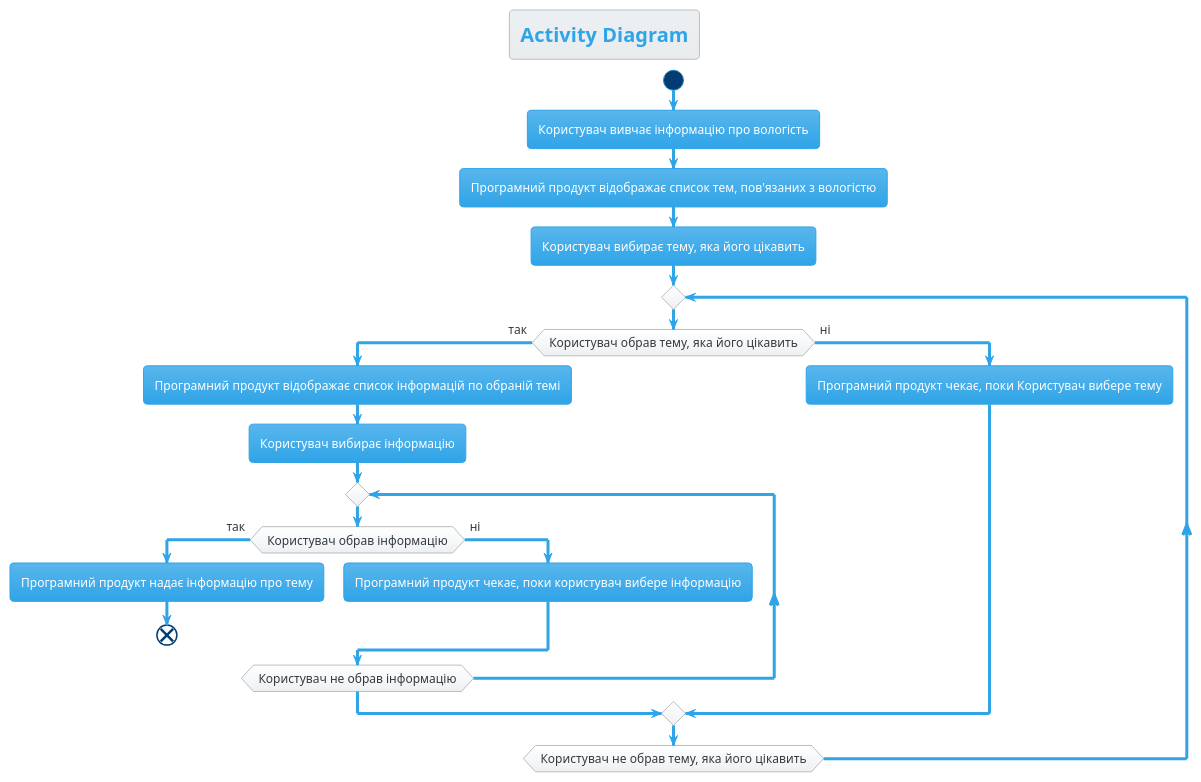
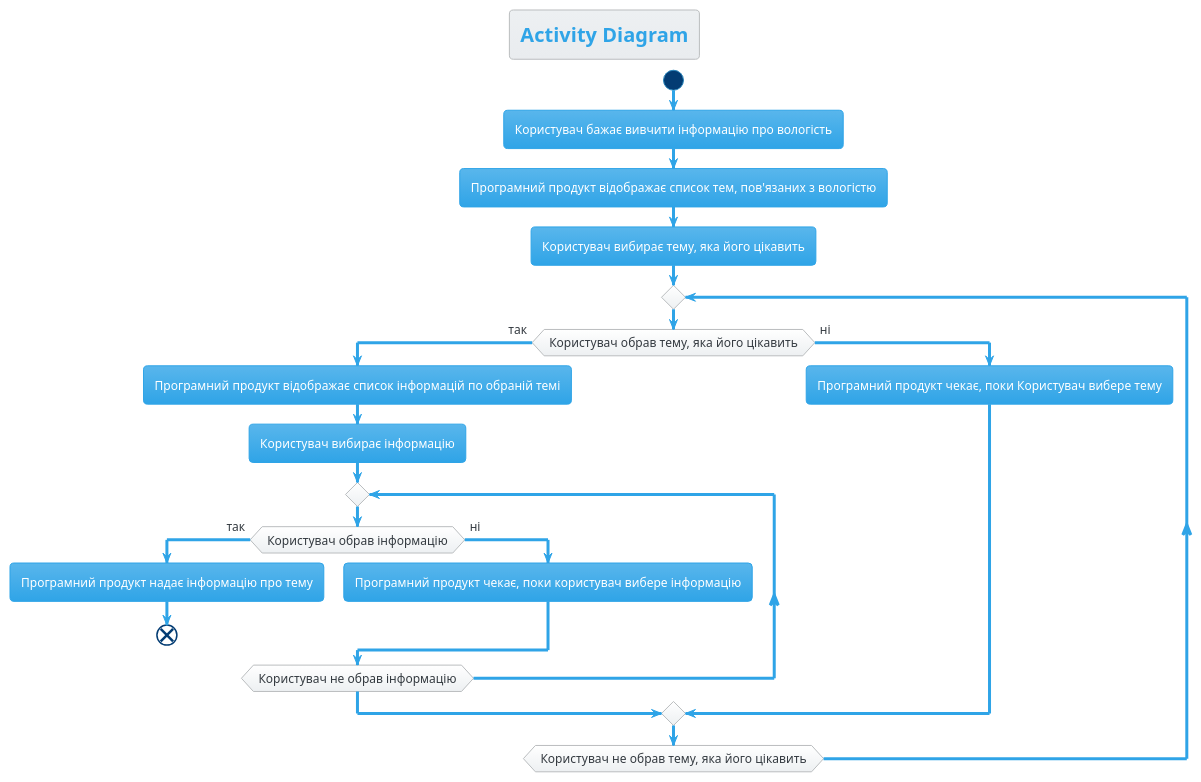
One commit to oleksandrblazhko/ai-212-majorova changed the diagram in 2-SoftwareDesign/2.7-PlantUML/UML-Activity.puml. Above: the diagram before and after it, drawn with PlantUML.

```diff
--- a/2-SoftwareDesign/2.7-PlantUML/UML-Activity.puml
+++ b/2-SoftwareDesign/2.7-PlantUML/UML-Activity.puml
@@ -1,26 +1,26 @@
 @startuml
 !theme cerulean
 
 title Activity Diagram
 
 start
-:Користувач вивчає інформацію про вологість;
+:Користувач бажає вивчити інформацію про вологість;
 :Програмний продукт відображає список тем, пов'язаних з вологістю;
 :Користувач вибирає тему, яка його цікавить;
 repeat
   if (Користувач обрав тему, яка його цікавить) then (так)
     :Програмний продукт відображає список інформацій по обраній темі;
     :Користувач вибирає інформацію;
     repeat
       if (Користувач обрав інформацію) then (так)
         :Програмний продукт надає інформацію про тему;
       end
       else (ні)
         :Програмний продукт чекає, поки користувач вибере інформацію;
       endif
     repeat while (Користувач не обрав інформацію)
   else (ні)
   :Програмний продукт чекає, поки Користувач вибере тему;
   endif
 repeat while (Користувач не обрав тему, яка його цікавить)
 @enduml
```
